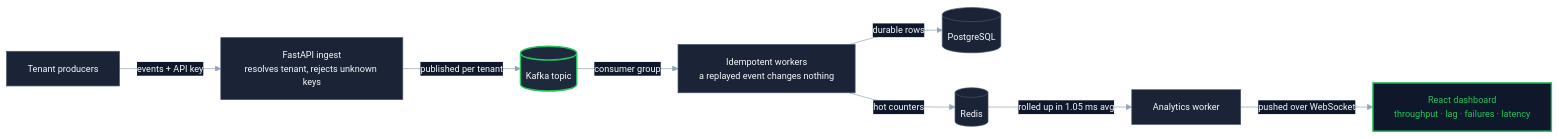
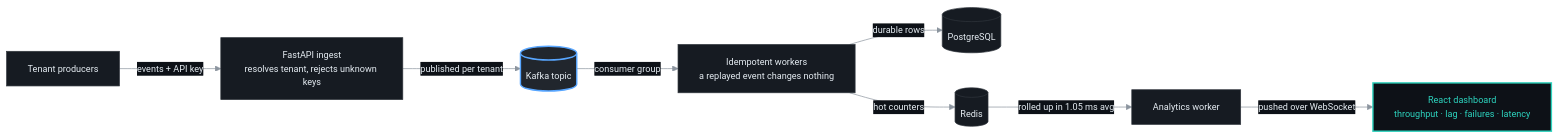
Before and after one commit to amansinghyadav4/amansinghyadav4: the second of 5 diagrams in README.md, drawn with Mermaid. The commit also changed other lines of this file, not shown here.

````diff
--- a/README.md
+++ b/README.md
@@ -218,13 +189,13 @@
 ```mermaid
-%%{init: {"theme":"base","themeVariables":{"primaryColor":"#1B2336","primaryTextColor":"#F8FAFC","primaryBorderColor":"#475569","secondaryColor":"#1E293B","tertiaryColor":"#0F172A","lineColor":"#94A3B8","textColor":"#F8FAFC","edgeLabelBackground":"#0F172A","fontSize":"13px"}}}%%
+%%{init: {"theme":"base","themeVariables":{"primaryColor":"#161B22","primaryTextColor":"#E6EDF3","primaryBorderColor":"#30363D","secondaryColor":"#21262D","tertiaryColor":"#0D1117","lineColor":"#8B949E","textColor":"#E6EDF3","edgeLabelBackground":"#0D1117","fontSize":"13px"}}}%%
 flowchart LR
     P["Tenant producers"] -->|"events + API key"| ING["FastAPI ingest<br/>resolves tenant, rejects unknown keys"]
     ING -->|"published per tenant"| K[("Kafka topic")]
     K -->|"consumer group"| WK["Idempotent workers<br/>a replayed event changes nothing"]
     WK -->|"durable rows"| PG[("PostgreSQL")]
     WK -->|"hot counters"| RD[("Redis")]
     RD -->|"rolled up in 1.05 ms avg"| AW["Analytics worker"]
     AW -->|"pushed over WebSocket"| DASH["React dashboard<br/>throughput · lag · failures · latency"]
-    style DASH fill:#0F172A,stroke:#22C55E,stroke-width:2px,color:#22C55E
-    style K fill:#1E293B,stroke:#22C55E,stroke-width:2px,color:#F8FAFC
+    style K fill:#21262D,stroke:#58A6FF,stroke-width:2px,color:#E6EDF3
+    style DASH fill:#0D1117,stroke:#2DD4BF,stroke-width:2px,color:#2DD4BF
 ```
````
